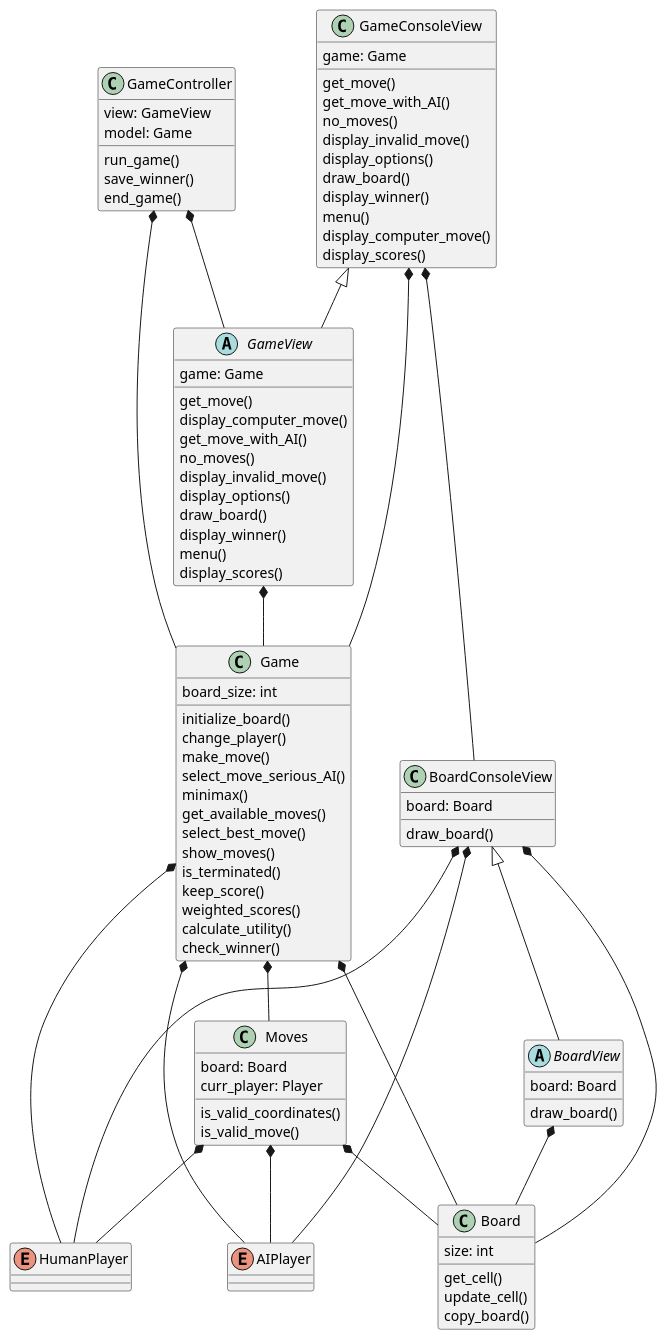
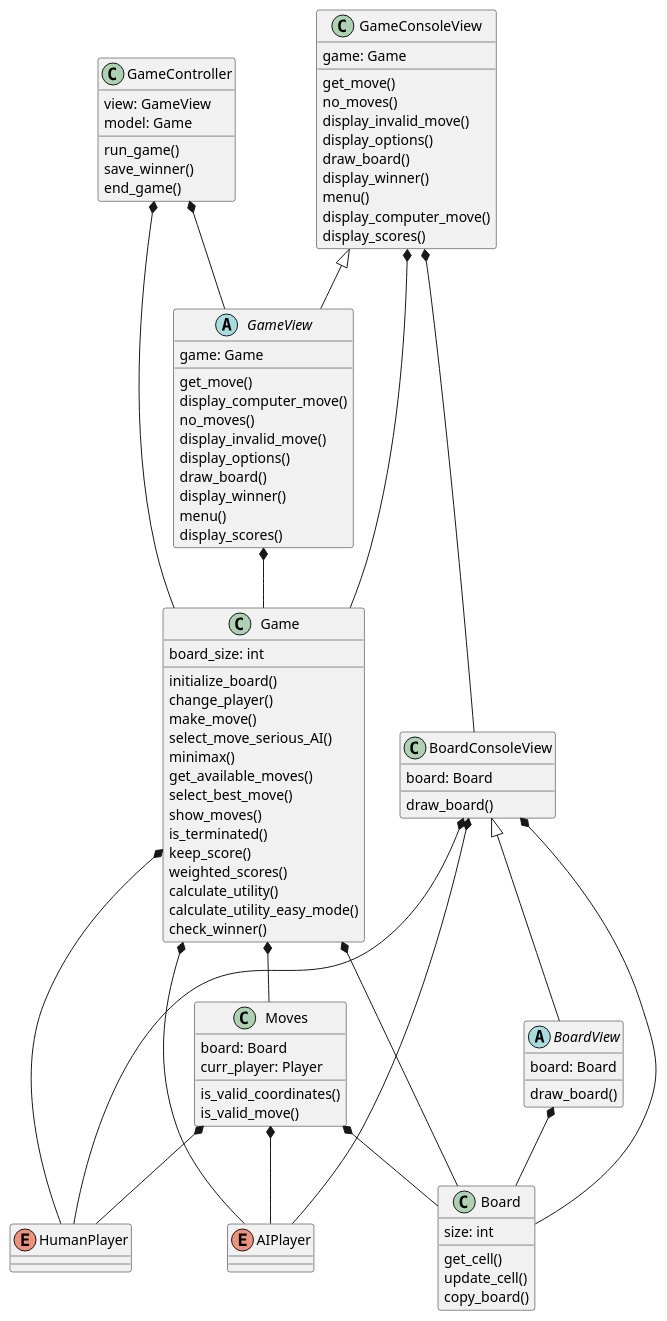
Before and after one commit to akuznetsova22/Reversi_game: the diagram in UML Python project.puml, drawn with PlantUML.

Commit message:
minor design fixes

```diff
--- a/UML Python project.puml
+++ b/UML Python project.puml
@@ -1,100 +1,99 @@
 @startuml
 class GameController{
     view: GameView
     model: Game
     run_game()
     save_winner()
     end_game()
 }
 class Board{
     size: int
     get_cell()
     update_cell()
     copy_board()
 
 }
 class Game{
     board_size: int
     initialize_board()
     change_player()
     make_move()
     select_move_serious_AI()
     minimax()
     get_available_moves()
     select_best_move()
     show_moves()
     is_terminated()
     keep_score()
     weighted_scores()
     calculate_utility()
+    calculate_utility_easy_mode()
     check_winner()
 }
 class Moves{
     board: Board
     curr_player: Player
     is_valid_coordinates()
     is_valid_move()
 }
 enum HumanPlayer{
 }
 enum AIPlayer{
 }
 
 class BoardConsoleView{
     board: Board
     draw_board()
 }
 
 abstract class BoardView{
     board: Board
     draw_board()
 }
 
 class GameConsoleView{
     game: Game
     get_move()
-    get_move_with_AI()
     no_moves()
     display_invalid_move()
     display_options()
     draw_board()
     display_winner()
     menu()
     display_computer_move()
     display_scores()
 }
 
 abstract class GameView{
     game: Game
     get_move()
     display_computer_move()
-    get_move_with_AI()
     no_moves()
     display_invalid_move()
     display_options()
     draw_board()
     display_winner()
     menu()
     display_scores()
 }
 Game *-- HumanPlayer
 Game *-- AIPlayer
 Game *-- Board
 Game *-- Moves
 Moves *-- Board
 Moves *-- HumanPlayer
 Moves *--AIPlayer
-BoardView *-- Board 
+BoardView *-- Board
 GameView *-- Game
 BoardConsoleView *-- Board
 BoardConsoleView *--HumanPlayer
 BoardConsoleView *-- AIPlayer
 BoardConsoleView <|--BoardView
 GameConsoleView *-- BoardConsoleView
 GameConsoleView *-- Game
 GameConsoleView <|-- GameView
 
 GameController *-- Game
 GameController *-- GameView
 
 @enduml
```
